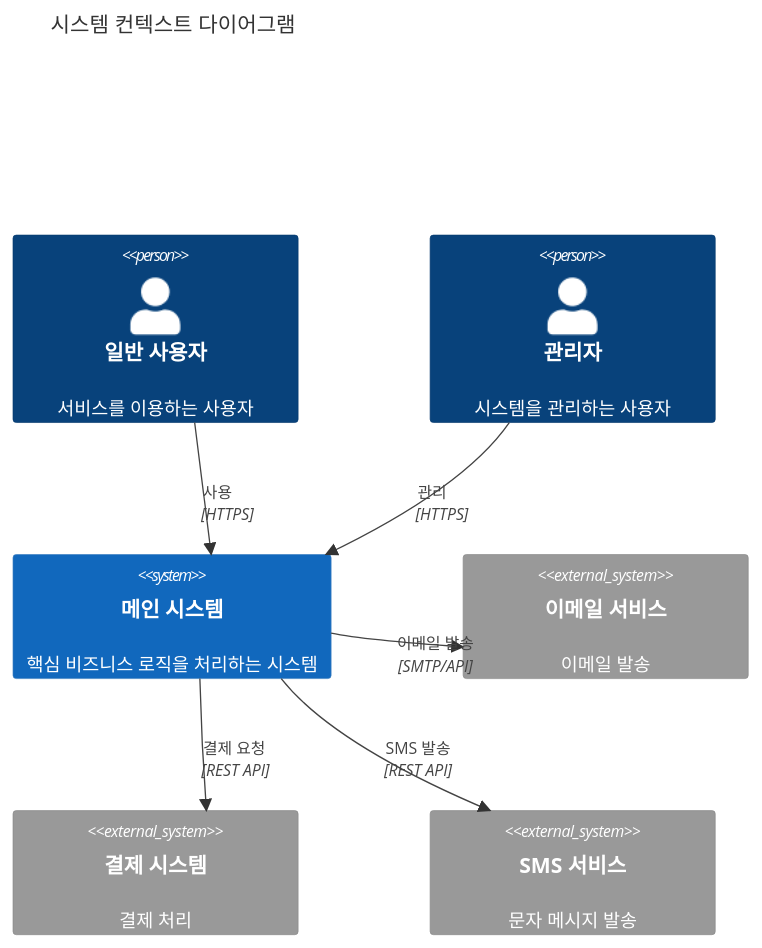
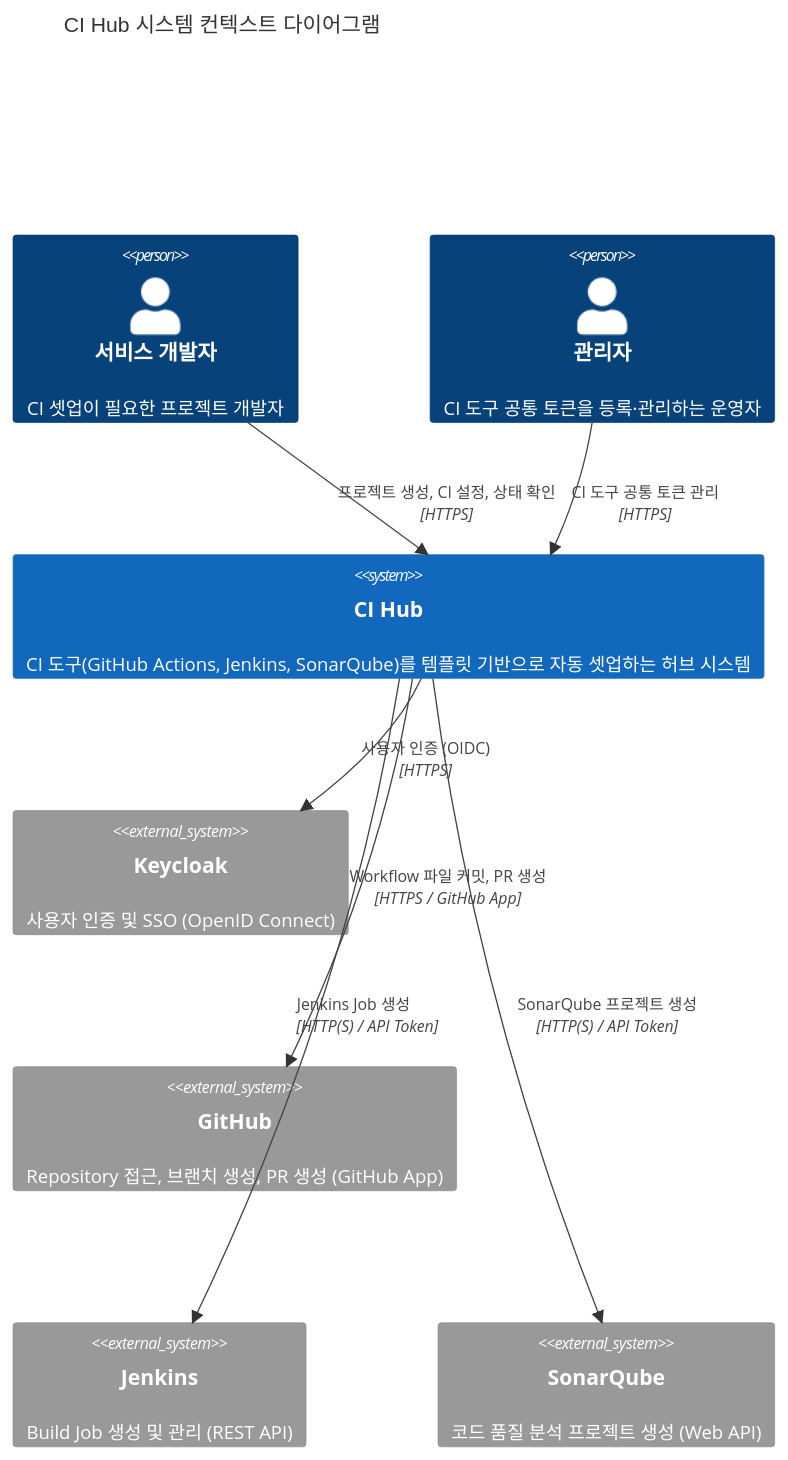
One commit to kost0806/ci-hub changed the first of 12 diagrams in docs/hld/architecture.md. Above: the diagram before and after it, drawn with Mermaid. The commit also changed other lines of this file and 6 other files, not shown here.

````diff
--- a/docs/hld/architecture.md
+++ b/docs/hld/architecture.md
@@ -28,19 +28,21 @@
 ```mermaid
 C4Context
-    title 시스템 컨텍스트 다이어그램
+    title CI Hub 시스템 컨텍스트 다이어그램
 
-    Person(user, "일반 사용자", "서비스를 이용하는 사용자")
-    Person(admin, "관리자", "시스템을 관리하는 사용자")
+    Person(developer, "서비스 개발자", "CI 셋업이 필요한 프로젝트 개발자")
+    Person(admin, "관리자", "CI 도구 공통 토큰을 등록·관리하는 운영자")
 
-    System(system, "메인 시스템", "핵심 비즈니스 로직을 처리하는 시스템")
+    System(cihub, "CI Hub", "CI 도구(GitHub Actions, Jenkins, SonarQube)를 템플릿 기반으로 자동 셋업하는 허브 시스템")
 
-    System_Ext(email, "이메일 서비스", "이메일 발송")
-    System_Ext(payment, "결제 시스템", "결제 처리")
-    System_Ext(sms, "SMS 서비스", "문자 메시지 발송")
+    System_Ext(keycloak, "Keycloak", "사용자 인증 및 SSO (OpenID Connect)")
+    System_Ext(github, "GitHub", "Repository 접근, 브랜치 생성, PR 생성 (GitHub App)")
+    System_Ext(jenkins, "Jenkins", "Build Job 생성 및 관리 (REST API)")
+    System_Ext(sonarqube, "SonarQube", "코드 품질 분석 프로젝트 생성 (Web API)")
 
-    Rel(user, system, "사용", "HTTPS")
-    Rel(admin, system, "관리", "HTTPS")
-    Rel(system, email, "이메일 발송", "SMTP/API")
-    Rel(system, payment, "결제 요청", "REST API")
-    Rel(system, sms, "SMS 발송", "REST API")
+    Rel(developer, cihub, "프로젝트 생성, CI 설정, 상태 확인", "HTTPS")
+    Rel(admin, cihub, "CI 도구 공통 토큰 관리", "HTTPS")
+    Rel(cihub, keycloak, "사용자 인증 (OIDC)", "HTTPS")
+    Rel(cihub, github, "Workflow 파일 커밋, PR 생성", "HTTPS / GitHub App")
+    Rel(cihub, jenkins, "Jenkins Job 생성", "HTTP(S) / API Token")
+    Rel(cihub, sonarqube, "SonarQube 프로젝트 생성", "HTTP(S) / API Token")
 ```
````
